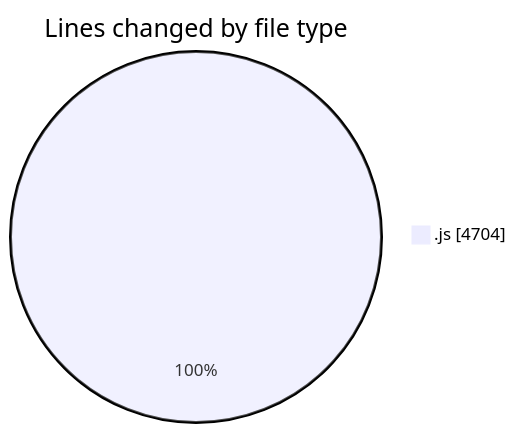
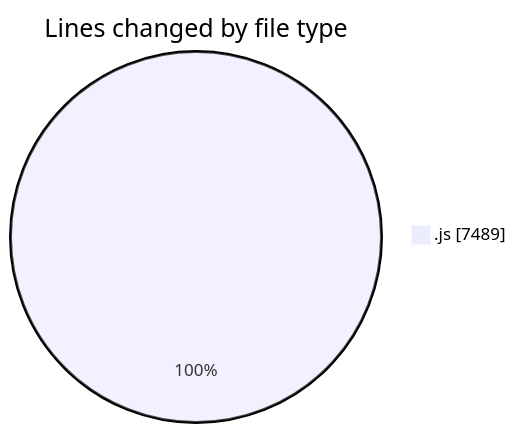
The first of 2 diagrams in 2025-09-30/nxtqube_webapp/README.md (nxtqubesakshisongat/code-tracking), drawn with Mermaid before and after one commit. The commit also changed other lines of this file and 1 other file, not shown here.

````diff
--- a/2025-09-30/nxtqube_webapp/README.md
+++ b/2025-09-30/nxtqube_webapp/README.md
@@ -20,5 +20,5 @@
 ```mermaid
 pie showData
 title Lines changed by file type
-".js" : 4704
+".js" : 7489
 ```
````
